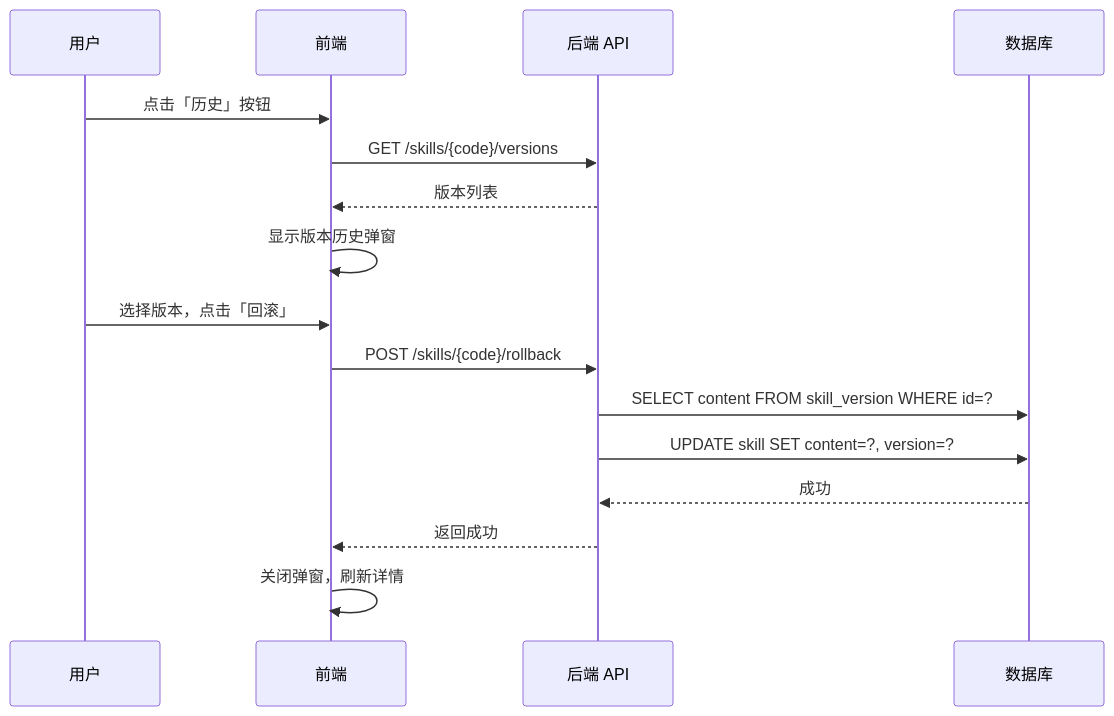
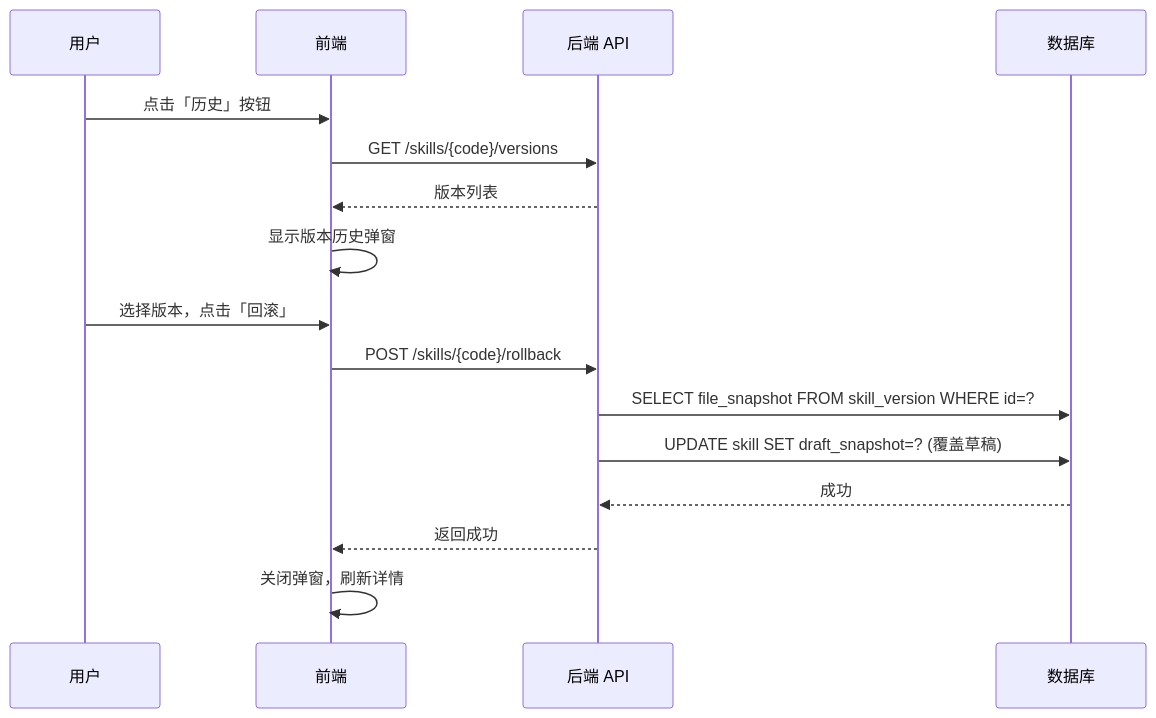
Before and after one commit to zhaoxin34/matrix: the fourth of 4 diagrams in neo/design/docs/product/admin/skills-overview.md, drawn with Mermaid. The commit also changed other lines of this file and 2 other files, not shown here.

````diff
--- a/neo/design/docs/product/admin/skills-overview.md
+++ b/neo/design/docs/product/admin/skills-overview.md
@@ -146,19 +238,19 @@
 ```mermaid
 sequenceDiagram
     participant U as 用户
     participant F as 前端
     participant B as 后端 API
     participant DB as 数据库
 
     U->>F: 点击「历史」按钮
     F->>B: GET /skills/{code}/versions
     B-->>F: 版本列表
     F->>F: 显示版本历史弹窗
     U->>F: 选择版本，点击「回滚」
     F->>B: POST /skills/{code}/rollback
-    B->>DB: SELECT content FROM skill_version WHERE id=?
-    B->>DB: UPDATE skill SET content=?, version=?
+    B->>DB: SELECT file_snapshot FROM skill_version WHERE id=?
+    B->>DB: UPDATE skill SET draft_snapshot=? (覆盖草稿)
     DB-->>B: 成功
     B-->>F: 返回成功
     F->>F: 关闭弹窗，刷新详情
 ```
````
